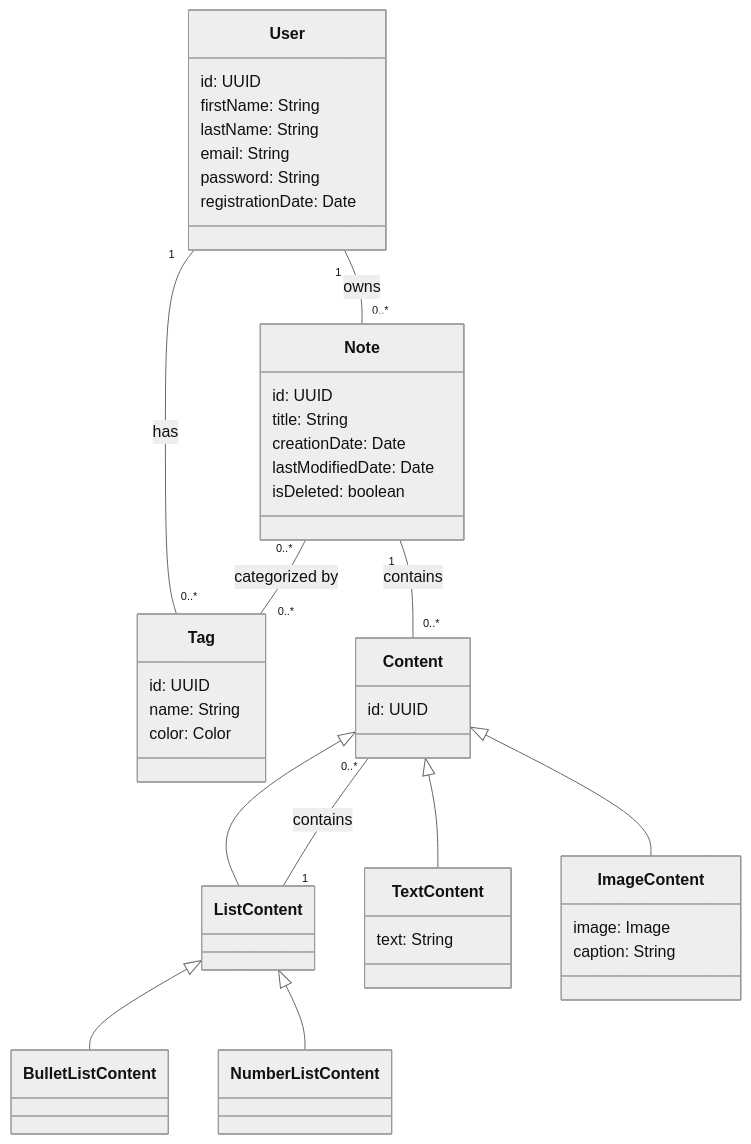
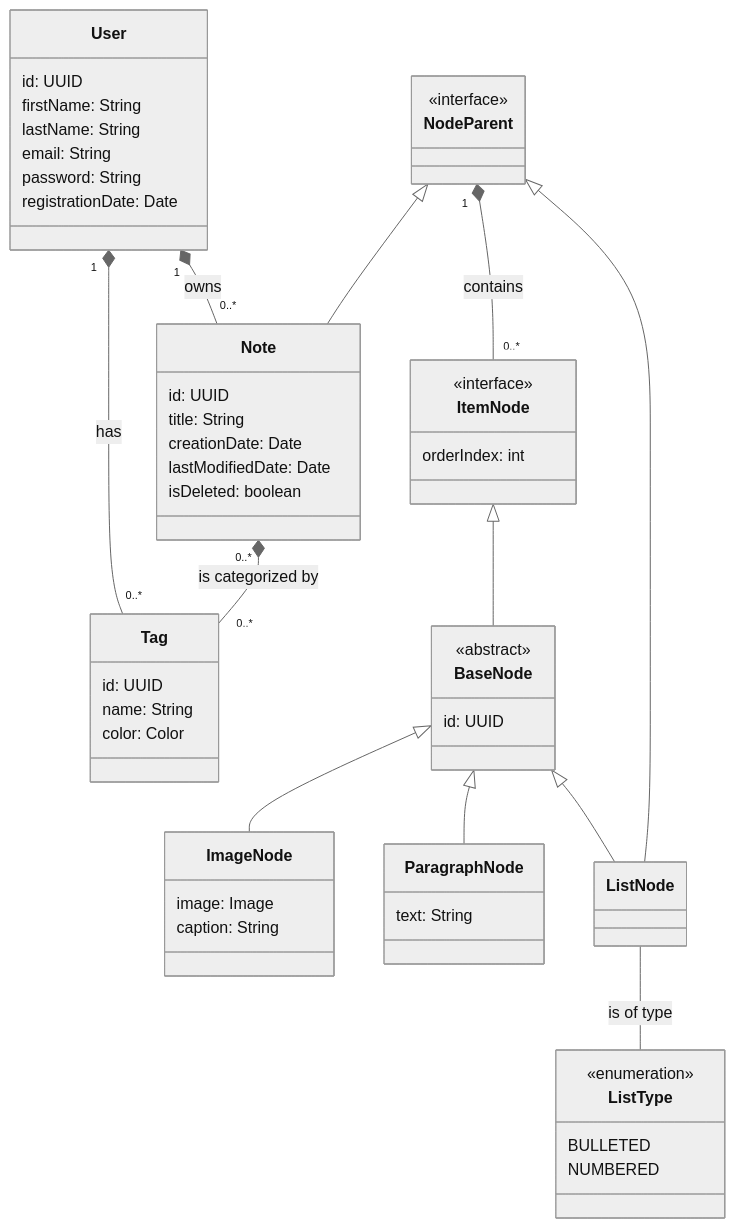
One commit to 1Myke/Overnote changed the diagram in doc/domain-model.md. Above: the diagram before and after it, drawn with Mermaid (neutral theme). The commit also changed other lines of this file and 1 other file, not shown here.

Commit message:
[DOC] Update domain model and improve class relationships

````diff
--- a/doc/domain-model.md
+++ b/doc/domain-model.md
@@ -8,50 +10,68 @@
 ```mermaid
 classDiagram
-    User "1" -- "0..*" Note : owns
-    User "1" -- "0..*" Tag : has
-    Note "0..*" -- "0..*" Tag : categorized by
-    Note "1" -- "0..*" Content : contains
-    ListContent "1" -- "0..*" Content : contains
+    User "1" *-- "0..*" Note : owns
+    User "1" *-- "0..*" Tag : has
+    Note "0..*" *-- "0..*" Tag : is categorized by
 
-    Content <|-- TextContent
-    Content <|-- ImageContent
-    Content <|-- ListContent
-    ListContent <|-- BulletListContent
-    ListContent <|-- NumberListContent
+    NodeParent "1" *-- "0..*" ItemNode : contains
+
+    BaseNode <|-- ImageNode
+    BaseNode <|-- ParagraphNode
+    BaseNode <|-- ListNode
+    ItemNode <|-- BaseNode
+    NodeParent <|-- Note
+    NodeParent <|-- ListNode
+    ListNode -- ListType : is of type
 
     class User {
         id: UUID
         firstName: String
         lastName: String
         email: String
         password: String
         registrationDate: Date
     }
 
     class Note {
         id: UUID
         title: String
         creationDate: Date
         lastModifiedDate: Date
         isDeleted: boolean
     }
 
     class Tag {
         id: UUID
         name: String
         color: Color
     }
 
-    class Content {
+    class BaseNode {
+        <<abstract>>
         id: UUID
     }
 
-    class TextContent {
+    class ParagraphNode {
         text: String
     }
 
-    class ImageContent {
+    class ImageNode {
         image: Image
         caption: String
     }
+
+    class ListType {
+        <<enumeration>>
+        BULLETED
+        NUMBERED
+    }
+    
+    class NodeParent {
+        <<interface>>
+    }
+    
+    class ItemNode {
+        <<interface>>
+        orderIndex: int
+    }
 ```
````
